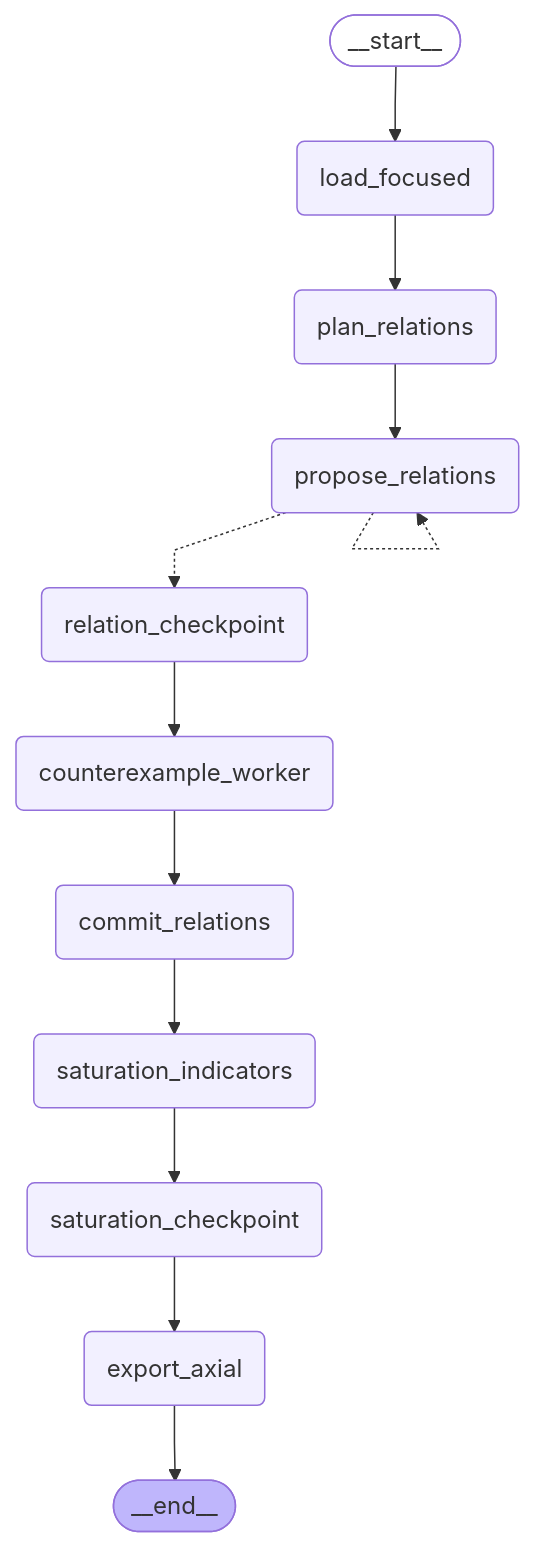
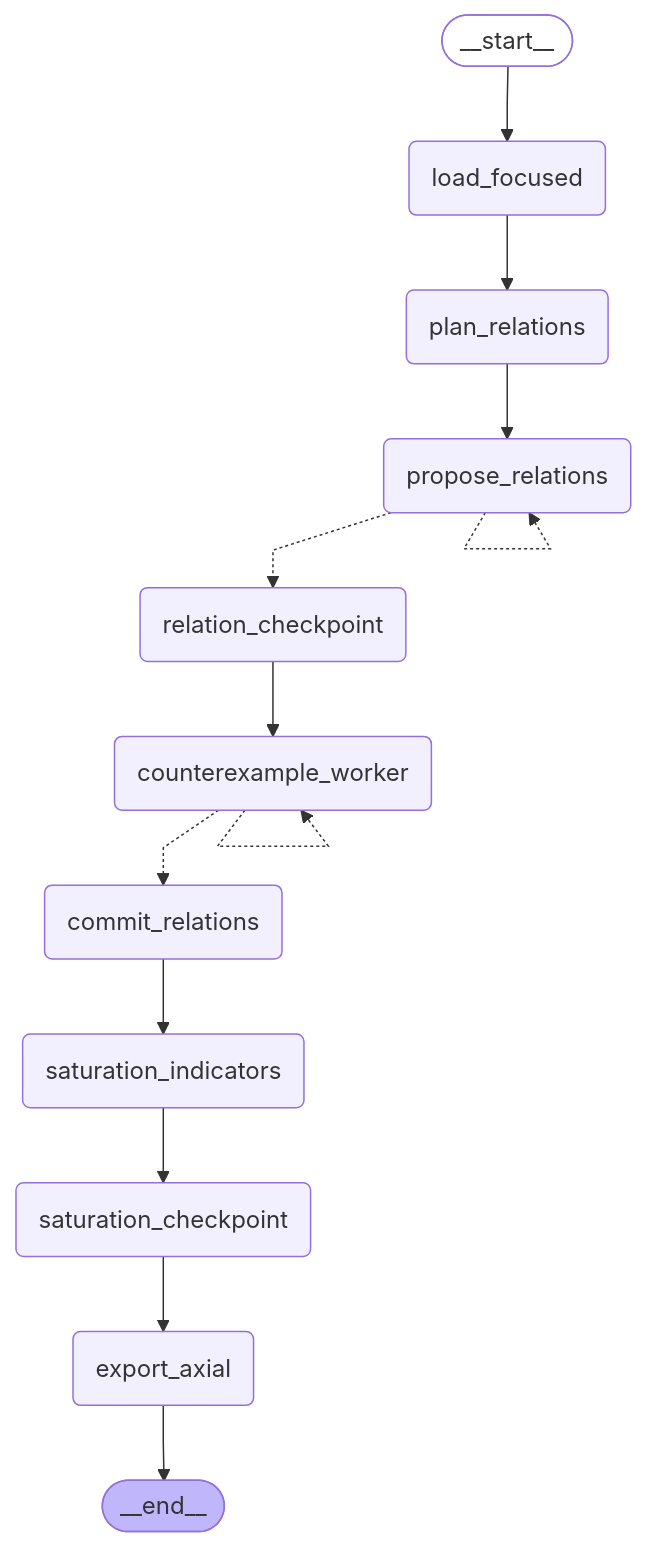
Before and after one commit to davidscassell/automated-grounded-theory: the third of 5 diagrams in README.md, drawn with Mermaid. The commit also changed other lines of this file and 62 other files, not shown here.

````diff
--- a/README.md
+++ b/README.md
@@ -201,33 +205,34 @@
 ```mermaid
 ---
 config:
   flowchart:
     curve: linear
 ---
 graph TD;
 	__start__([<p>__start__</p>]):::first
 	load_focused(load_focused)
 	plan_relations(plan_relations)
 	propose_relations(propose_relations)
 	relation_checkpoint(relation_checkpoint)
 	counterexample_worker(counterexample_worker)
 	commit_relations(commit_relations)
 	saturation_indicators(saturation_indicators)
 	saturation_checkpoint(saturation_checkpoint)
 	export_axial(export_axial)
 	__end__([<p>__end__</p>]):::last
 	__start__ --> load_focused;
 	commit_relations --> saturation_indicators;
-	counterexample_worker --> commit_relations;
+	counterexample_worker -.-> commit_relations;
 	load_focused --> plan_relations;
 	plan_relations --> propose_relations;
 	propose_relations -.-> relation_checkpoint;
 	relation_checkpoint --> counterexample_worker;
 	saturation_checkpoint --> export_axial;
 	saturation_indicators --> saturation_checkpoint;
 	export_axial --> __end__;
+	counterexample_worker -.-> counterexample_worker;
 	propose_relations -.-> propose_relations;
 	classDef default fill:#f2f0ff,line-height:1.2
 	classDef first fill-opacity:0
 	classDef last fill:#bfb6fc
 ```
````
